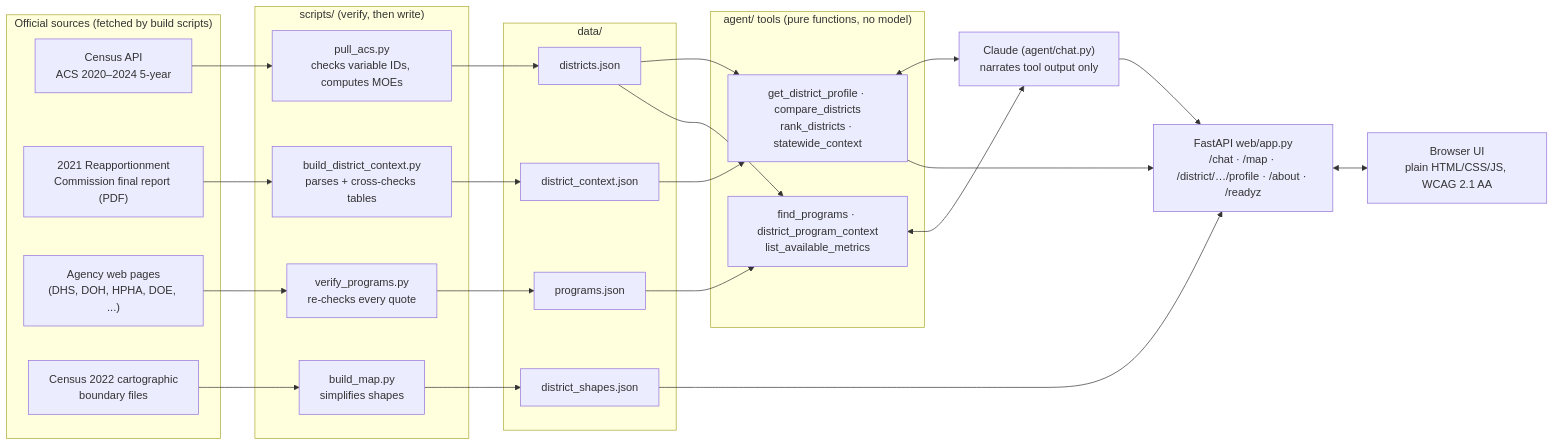
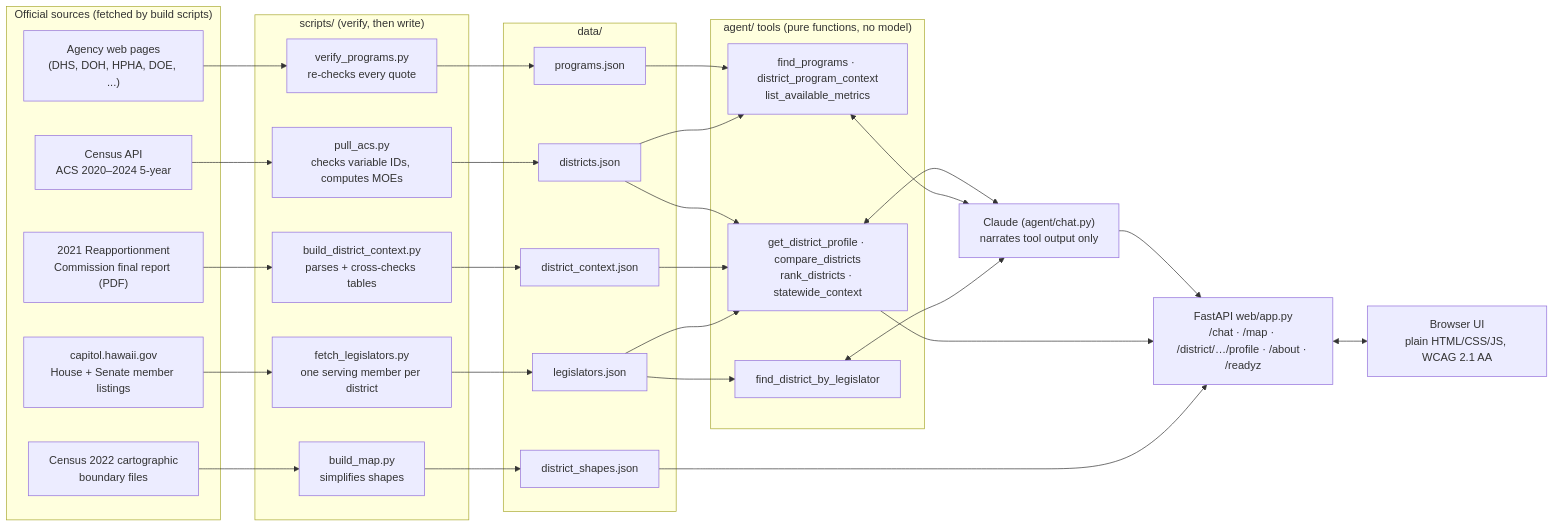
Before and after one commit to HAIC-2026/omerta: the diagram in README.md, drawn with Mermaid. The commit also changed other lines of this file and 11 other files, not shown here.

First line of the commit message:
Add legislator roster from capitol.hawaii.gov

````diff
--- a/README.md
+++ b/README.md
@@ -13,40 +14,46 @@
 ```mermaid
 flowchart LR
   subgraph Sources["Official sources (fetched by build scripts)"]
     ACS["Census API<br/>ACS 2020–2024 5-year"]
     RC["2021 Reapportionment<br/>Commission final report (PDF)"]
     AG["Agency web pages<br/>(DHS, DOH, HPHA, DOE, ...)"]
     CB["Census 2022 cartographic<br/>boundary files"]
+    CAP["capitol.hawaii.gov<br/>House + Senate member listings"]
   end
   subgraph Build["scripts/ (verify, then write)"]
     P1["pull_acs.py<br/>checks variable IDs, computes MOEs"]
     P2["build_district_context.py<br/>parses + cross-checks tables"]
     P3["verify_programs.py<br/>re-checks every quote"]
     P4["build_map.py<br/>simplifies shapes"]
+    P5["fetch_legislators.py<br/>one serving member per district"]
   end
   subgraph Data["data/"]
     D1[districts.json]
     D2[district_context.json]
     D3[programs.json]
     D4[district_shapes.json]
+    D5[legislators.json]
   end
   subgraph Tools["agent/ tools (pure functions, no model)"]
     T1["get_district_profile · compare_districts<br/>rank_districts · statewide_context"]
     T2["find_programs · district_program_context<br/>list_available_metrics"]
+    T3["find_district_by_legislator"]
   end
   LLM["Claude (agent/chat.py)<br/>narrates tool output only"]
   WEB["FastAPI web/app.py<br/>/chat · /map · /district/…/profile · /about · /readyz"]
   UI["Browser UI<br/>plain HTML/CSS/JS, WCAG 2.1 AA"]
 
   ACS --> P1 --> D1
   RC --> P2 --> D2
   AG --> P3 --> D3
   CB --> P4 --> D4
-  D1 & D2 --> T1
+  CAP --> P5 --> D5
+  D1 & D2 & D5 --> T1
   D3 & D1 --> T2
-  T1 & T2 <--> LLM
+  D5 --> T3
+  T1 & T2 & T3 <--> LLM
   LLM --> WEB
   T1 --> WEB
   D4 --> WEB
   WEB <--> UI
 ```
````
